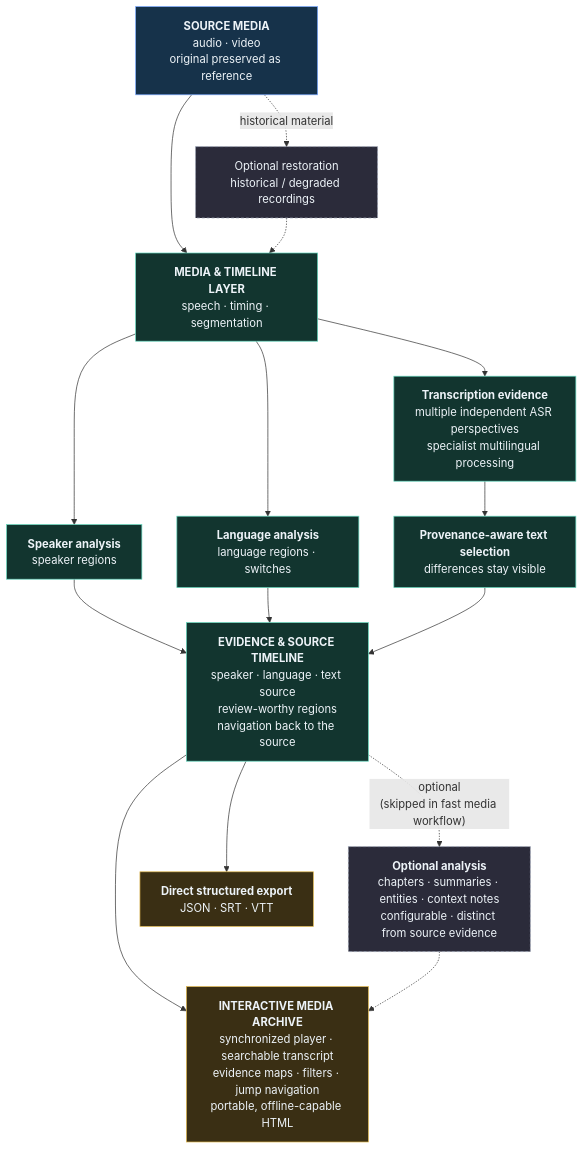
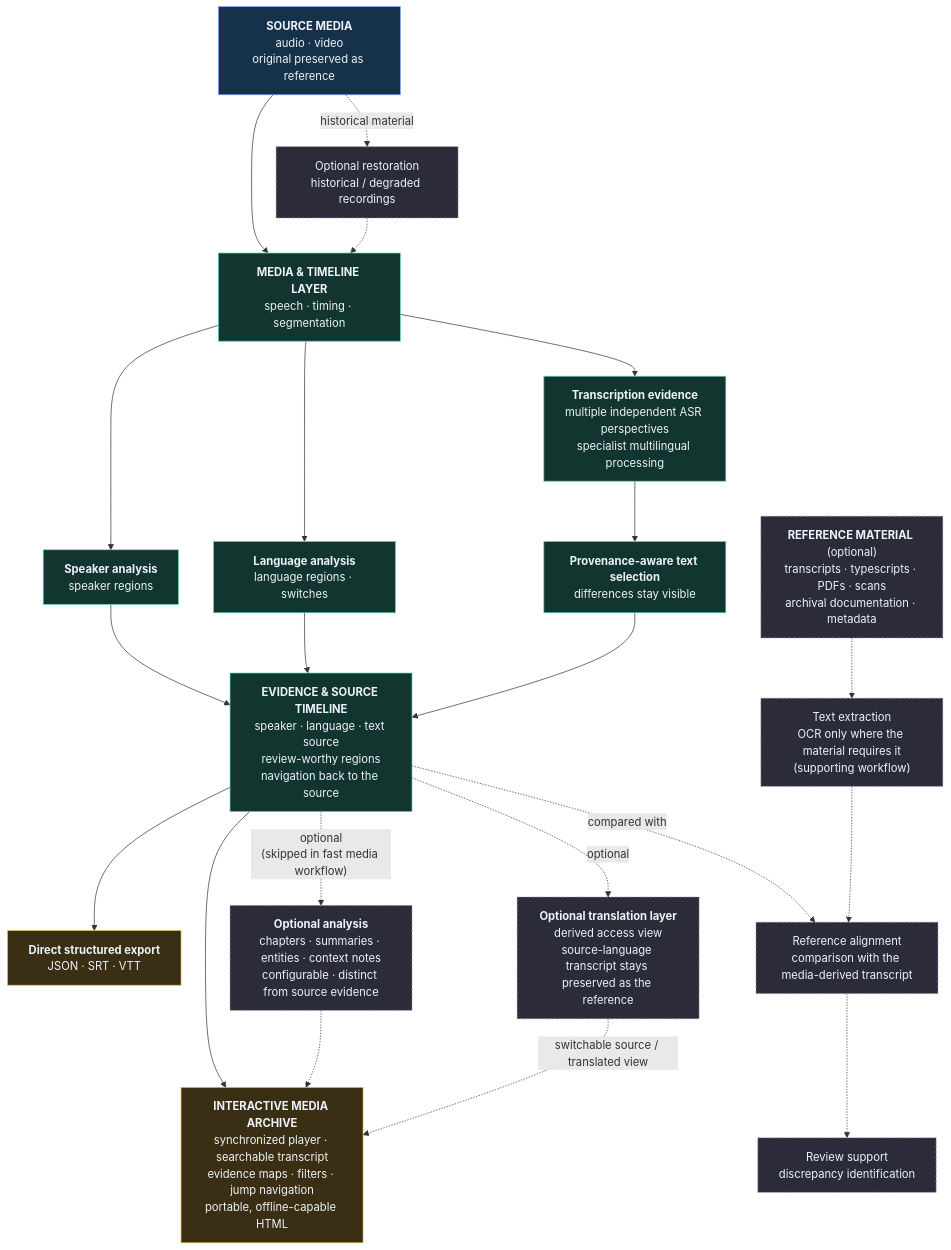
The diagram in docs/architecture_2026.md (R2-Mechanics/r2-mechanics), drawn with Mermaid before and after one commit. The commit also changed other lines of this file and 7 other files, not shown here.

Commit message:
docs: add translation and reference alignment architecture

````diff
--- a/docs/architecture_2026.md
+++ b/docs/architecture_2026.md
@@ -7,41 +7,52 @@
 ```mermaid
 flowchart TD
     SRC["<b>SOURCE MEDIA</b><br/>audio · video<br/>original preserved as reference"]
     RST["Optional restoration<br/>historical / degraded recordings"]
     TL["<b>MEDIA &amp; TIMELINE LAYER</b><br/>speech · timing · segmentation"]
 
     SPK["<b>Speaker analysis</b><br/>speaker regions"]
     LNG["<b>Language analysis</b><br/>language regions · switches"]
     ASR["<b>Transcription evidence</b><br/>multiple independent ASR perspectives<br/>specialist multilingual processing"]
 
     MRG["<b>Provenance-aware text selection</b><br/>differences stay visible"]
 
     EVD["<b>EVIDENCE &amp; SOURCE TIMELINE</b><br/>speaker · language · text source<br/>review-worthy regions<br/>navigation back to the source"]
 
     LLM["<b>Optional analysis</b><br/>chapters · summaries · entities · context notes<br/>configurable · distinct from source evidence"]
     EXP["<b>Direct structured export</b><br/>JSON · SRT · VTT"]
 
+    TRN["<b>Optional translation layer</b><br/>derived access view<br/>source-language transcript stays preserved as the reference"]
+    REF["<b>REFERENCE MATERIAL</b> (optional)<br/>transcripts · typescripts · PDFs · scans<br/>archival documentation · metadata"]
+    EXT["Text extraction<br/>OCR only where the material requires it<br/>(supporting workflow)"]
+    ALN["Reference alignment<br/>comparison with the media-derived transcript"]
+    RVW["Review support<br/>discrepancy identification"]
+
     ARC["<b>INTERACTIVE MEDIA ARCHIVE</b><br/>synchronized player · searchable transcript<br/>evidence maps · filters · jump navigation<br/>portable, offline-capable HTML"]
 
     SRC --> TL
     SRC -. "historical material" .-> RST -.-> TL
     TL --> SPK
     TL --> LNG
     TL --> ASR
     SPK --> EVD
     LNG --> EVD
     ASR --> MRG --> EVD
     EVD --> EXP
     EVD --> ARC
     EVD -. "optional<br/>(skipped in fast media workflow)" .-> LLM
     LLM -.-> ARC
+    EVD -. "optional" .-> TRN
+    TRN -. "switchable source / translated view" .-> ARC
+    REF -.-> EXT -.-> ALN
+    EVD -. "compared with" .-> ALN
+    ALN -.-> RVW
 
     classDef source fill:#16324a,stroke:#79a8ff,color:#edf3f8;
     classDef core fill:#12352f,stroke:#65d7bd,color:#edf3f8;
     classDef optional fill:#2b2b3a,stroke:#9aa3b5,color:#edf3f8,stroke-dasharray: 4 3;
     classDef delivery fill:#3a2f14,stroke:#e0b84f,color:#edf3f8;
     class SRC source;
     class TL,SPK,LNG,ASR,MRG,EVD core;
-    class RST,LLM optional;
+    class RST,LLM,TRN,REF,EXT,ALN,RVW optional;
     class EXP,ARC delivery;
 ```
````
